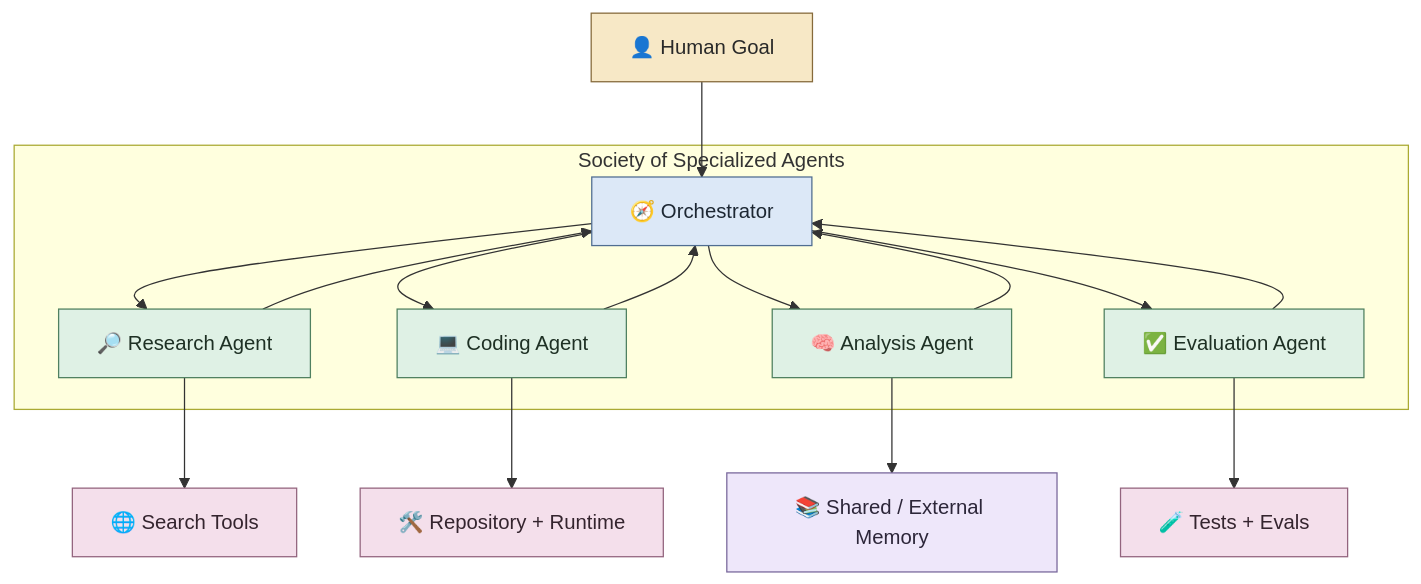
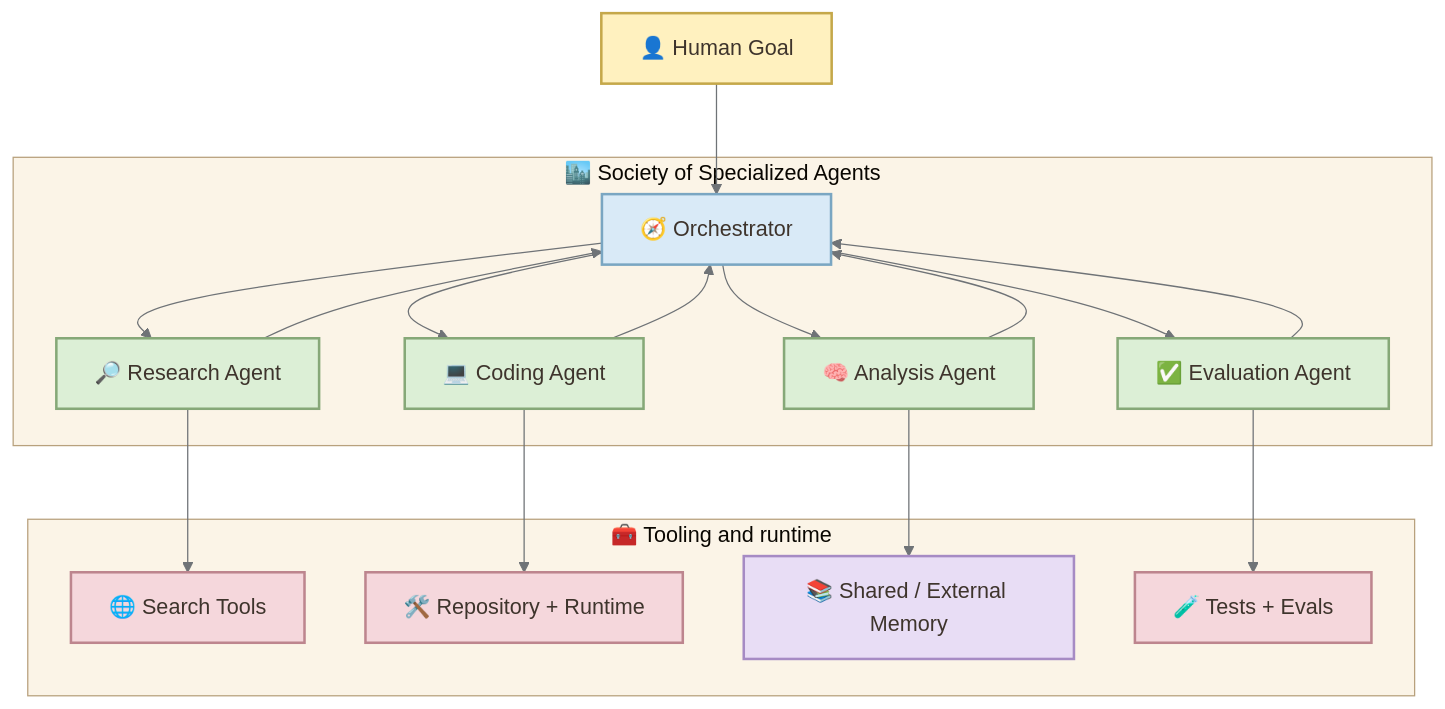
Before and after one commit to enogrob/enogrob.github.io: the second of 4 diagrams in _posts/2026-09-19-from-society-of-mind-to-societies-of-ai-agents.md, drawn with Mermaid. The commit also changed other lines of this file and 4 other files, not shown here.

````diff
--- a/_posts/2026-09-19-from-society-of-mind-to-societies-of-ai-agents.md
+++ b/_posts/2026-09-19-from-society-of-mind-to-societies-of-ai-agents.md
@@ -179,33 +187,36 @@
 ```mermaid!
+%%{init: {'theme':'base','flowchart':{'useMaxWidth':true,'htmlLabels':true,'nodeSpacing':48,'rankSpacing':58,'curve':'basis'},'themeVariables':{'background':'#FFF8EF','primaryTextColor':'#3E342C','lineColor':'#6F7377','fontFamily':'Trebuchet MS, Verdana, sans-serif','fontSize':'17px','clusterBkg':'#FBF4E7','clusterBorder':'#B8A17D'}}}%%
 flowchart TB
     U["👤 Human Goal"] --> O["🧭 Orchestrator"]
 
-    subgraph SOC["Society of Specialized Agents"]
+    subgraph SOC["🏙️ Society of Specialized Agents"]
       O --> R["🔎 Research Agent"]
       O --> C["💻 Coding Agent"]
       O --> A["🧠 Analysis Agent"]
       O --> E["✅ Evaluation Agent"]
     end
 
-    R --> T1["🌐 Search Tools"]
-    C --> T2["🛠️ Repository + Runtime"]
-    A --> M["📚 Shared / External Memory"]
-    E --> T3["🧪 Tests + Evals"]
+    subgraph TSK["🧰 Tooling and runtime"]
+      R --> T1["🌐 Search Tools"]
+      C --> T2["🛠️ Repository + Runtime"]
+      A --> M["📚 Shared / External Memory"]
+      E --> T3["🧪 Tests + Evals"]
+    end
 
     R --> O
     C --> O
     A --> O
     E --> O
 
-    classDef human fill:#f7e8c6,stroke:#866a3b,color:#292929;
-    classDef coord fill:#dce8f7,stroke:#506d91,color:#1d2733;
-    classDef agent fill:#dff1e5,stroke:#4f8060,color:#1e3024;
-    classDef tool fill:#f4dfeb,stroke:#93647e,color:#34242e;
-    classDef memory fill:#eee7fa,stroke:#78679b,color:#2c2639;
+    classDef human fill:#FFF1BF,stroke:#C5A84A,color:#3E342C,stroke-width:2px;
+    classDef orchestrator fill:#D9EAF7,stroke:#7AA6C2,color:#3E342C,stroke-width:2px;
+    classDef specialist fill:#DCEFD6,stroke:#86A878,color:#3E342C,stroke-width:2px;
+    classDef tool fill:#F5D7DC,stroke:#BD858E,color:#3E342C,stroke-width:2px;
+    classDef memory fill:#E8DDF5,stroke:#A68BC4,color:#3E342C,stroke-width:2px;
 
     class U human;
-    class O coord;
-    class R,C,A,E agent;
+    class O orchestrator;
+    class R,C,A,E specialist;
     class T1,T2,T3 tool;
     class M memory;
 ```
````
